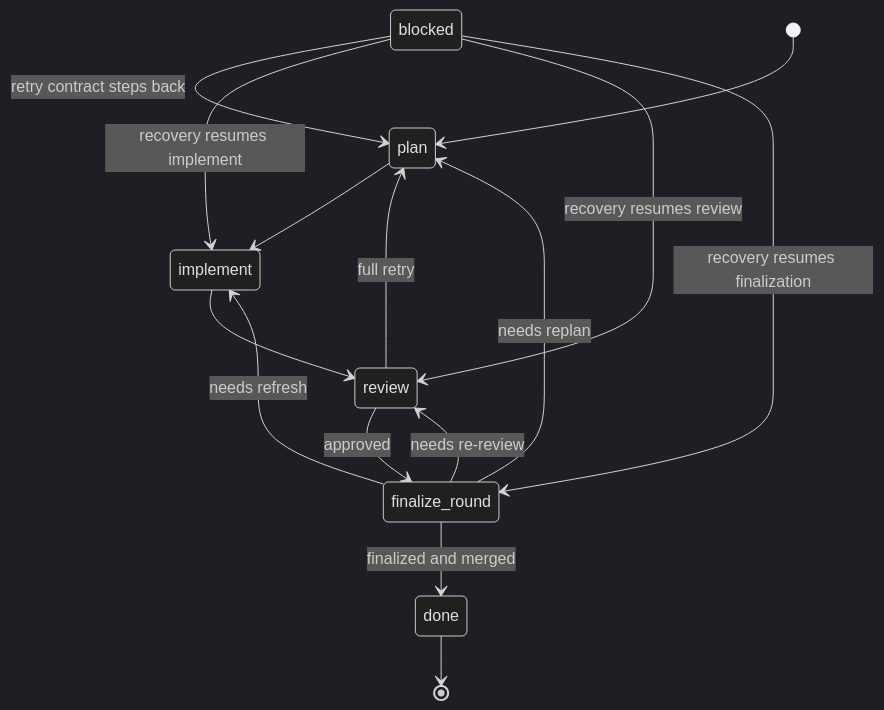
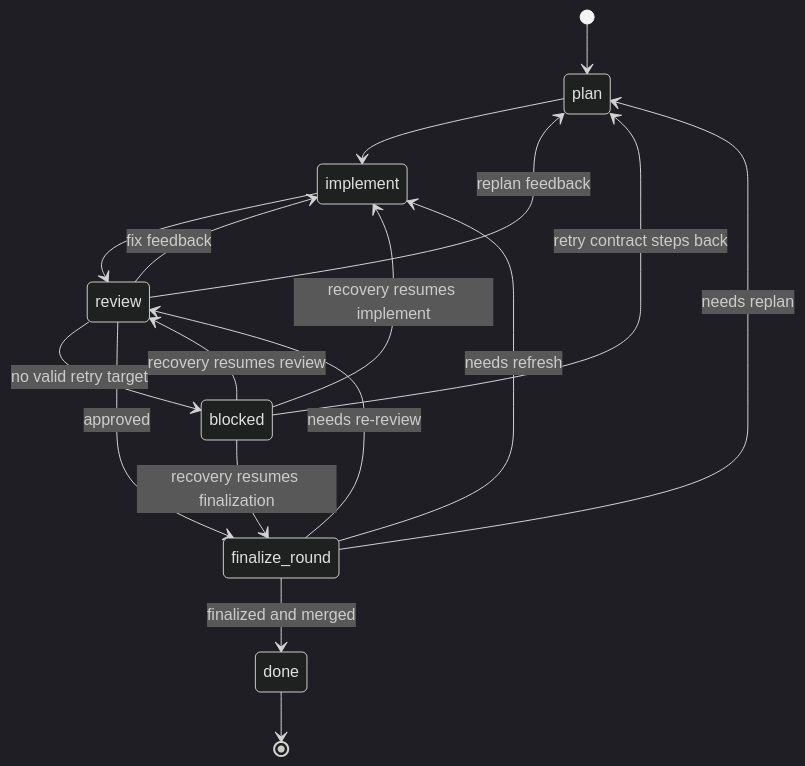
Before and after one commit to swaitw/orchestrator-skill: the second of 2 diagrams in skills/run-orchestrator-loop/references/state-machine.md, drawn with Mermaid (dark theme). The commit also changed other lines of this file and 11 other files, not shown here.

````diff
--- a/skills/run-orchestrator-loop/references/state-machine.md
+++ b/skills/run-orchestrator-loop/references/state-machine.md
@@ -119,17 +124,19 @@
 ```mermaid
 stateDiagram-v2
     [*] --> plan
     plan --> implement
     implement --> review
-    review --> plan: full retry
+    review --> implement: fix feedback
+    review --> plan: replan feedback
+    review --> blocked: no valid retry target
     review --> finalize_round: approved
     finalize_round --> implement: needs refresh
     finalize_round --> review: needs re-review
     finalize_round --> plan: needs replan
     finalize_round --> done: finalized and merged
     blocked --> plan: retry contract steps back
     blocked --> implement: recovery resumes implement
     blocked --> review: recovery resumes review
     blocked --> finalize_round: recovery resumes finalization
     done --> [*]
 ```
````
